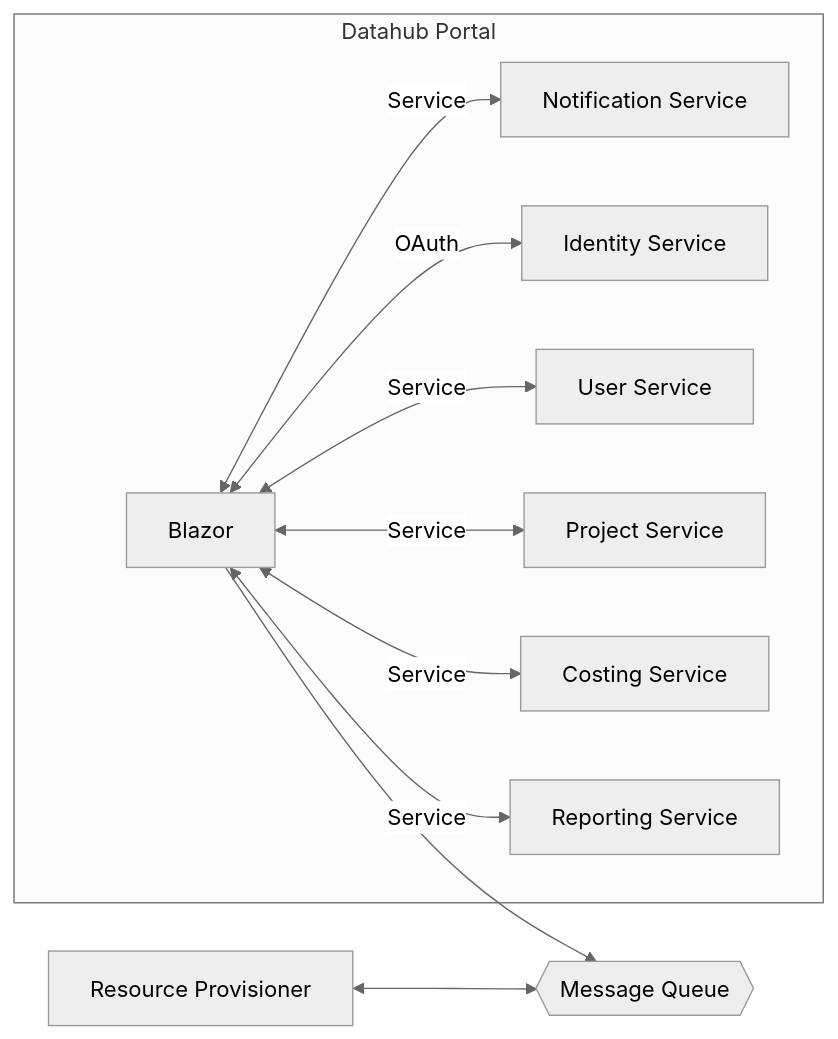
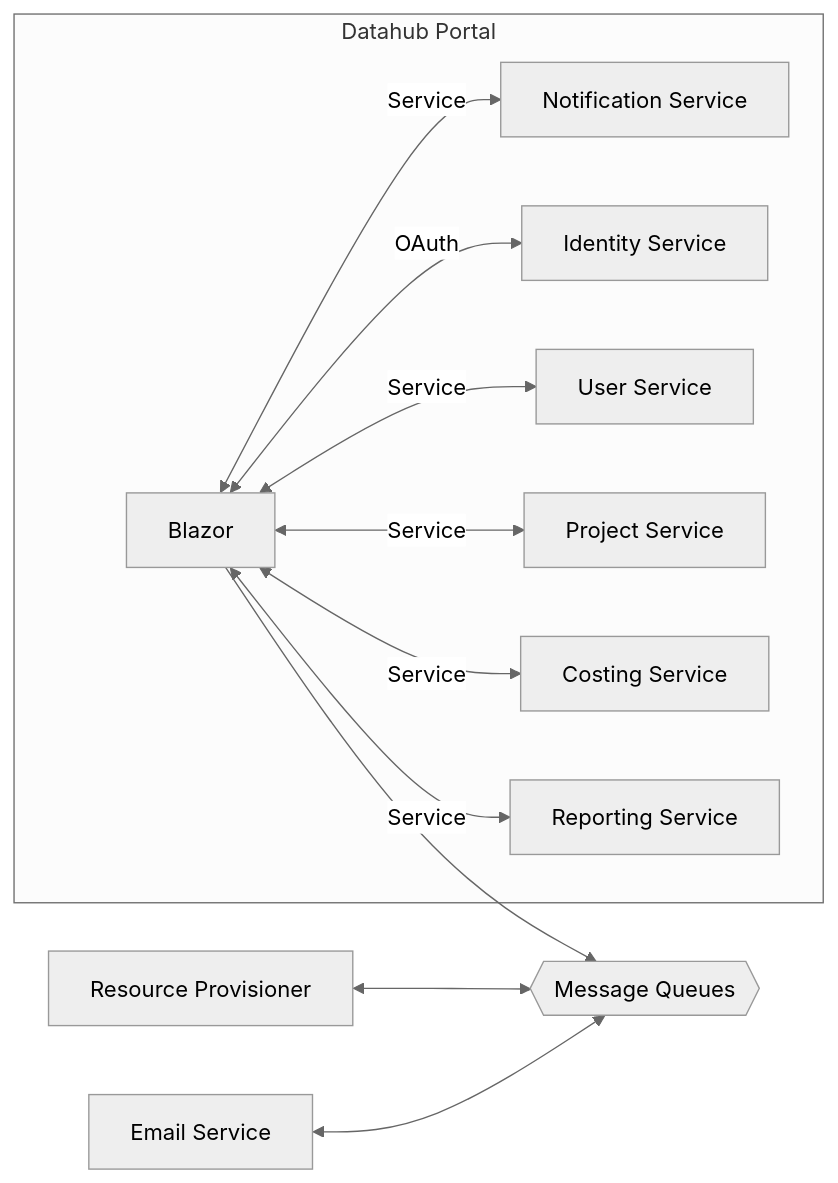
One commit to ssc-sp/datahub-docs changed the first of 2 diagrams in DeveloperGuide/Architecture/Microservice_Architecture.md. Above: the diagram before and after it, drawn with Mermaid (neutral theme). The commit also changed other lines of this file, not shown here.

````diff
--- a/DeveloperGuide/Architecture/Microservice_Architecture.md
+++ b/DeveloperGuide/Architecture/Microservice_Architecture.md
@@ -3,38 +3,40 @@
 ```mermaid
 flowchart LR
     B[Blazor]
     N[Notification Service]
+    E[Email Service]
     I[Identity Service]
     U[User Service]
     P[Project Service]
     C[Costing Service]
     Re[Reporting Service]
     R[Resource Provisioner]
-    M{{Message Queue}}
+    M{{Message Queues}}
 
 
     B <--> |OAuth| I
     B <--> |Service| U
     B <--> |Service| P
     B <--> |Service| N
     B <--> |Service| C
     B <--> |Service| Re
 
     B --> M
 
     R <--> M
+    E <--> M
 
     subgraph Datahub Portal
         B
         I
         U
         P
         N
         C
         Re
 
         end
 
     R
 
 ```
````
